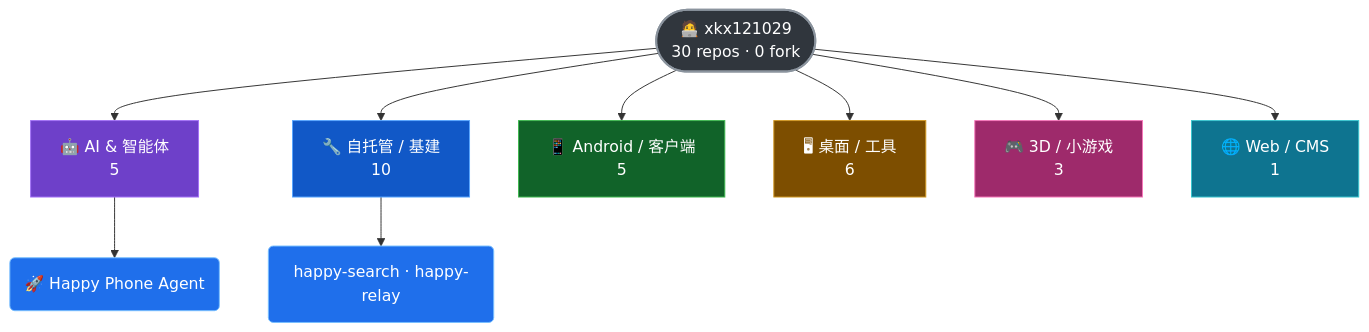
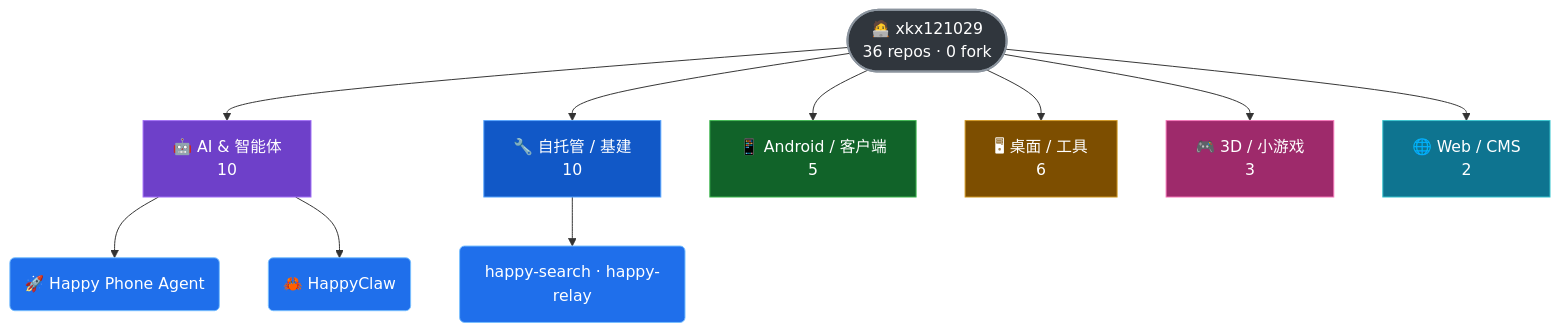
The ninth of 10 diagrams in README.md (xkx121029/xkx121029), drawn with Mermaid before and after one commit. The commit also changed other lines of this file and 7 other files, not shown here.

Commit message:
feat: cooler profile README with native Mermaid, alerts and card walls

````diff
--- a/README.md
+++ b/README.md
@@ -312,20 +310,21 @@
 ```mermaid
 flowchart TB
-  ME(["🧑‍💻 xkx121029<br/>30 repos · 0 fork"]):::me
-  ME --> AI["🤖 AI & 智能体<br/>5"]:::ai
+  ME(["🧑‍💻 xkx121029<br/>36 repos · 0 fork"]):::me
+  ME --> AI["🤖 AI & 智能体<br/>10"]:::ai
   ME --> INFRA["🔧 自托管 / 基建<br/>10"]:::infra
   ME --> MOB["📱 Android / 客户端<br/>5"]:::mob
   ME --> DESK["🖥 桌面 / 工具<br/>6"]:::desk
   ME --> GAME["🎮 3D / 小游戏<br/>3"]:::game
-  ME --> WEB["🌐 Web / CMS<br/>1"]:::web
+  ME --> WEB["🌐 Web / CMS<br/>2"]:::web
   AI --> NOW1("🚀 Happy Phone Agent"):::hot
+  AI --> NOW3("🦀 HappyClaw"):::hot
   INFRA --> NOW2("happy-search · happy-relay"):::hot
   classDef me fill:#30363d,stroke:#8b949e,stroke-width:2px,color:#fff
   classDef ai fill:#6e40c9,stroke:#a371f7,color:#fff
   classDef infra fill:#1158c7,stroke:#58a6ff,color:#fff
   classDef mob fill:#116329,stroke:#3fb950,color:#fff
   classDef desk fill:#7d4e00,stroke:#d29922,color:#fff
   classDef game fill:#9e2a6b,stroke:#f778ba,color:#fff
   classDef web fill:#0e7490,stroke:#39c5cf,color:#fff
   classDef hot fill:#1f6feb,stroke:#79c0ff,color:#fff
 ```
````
